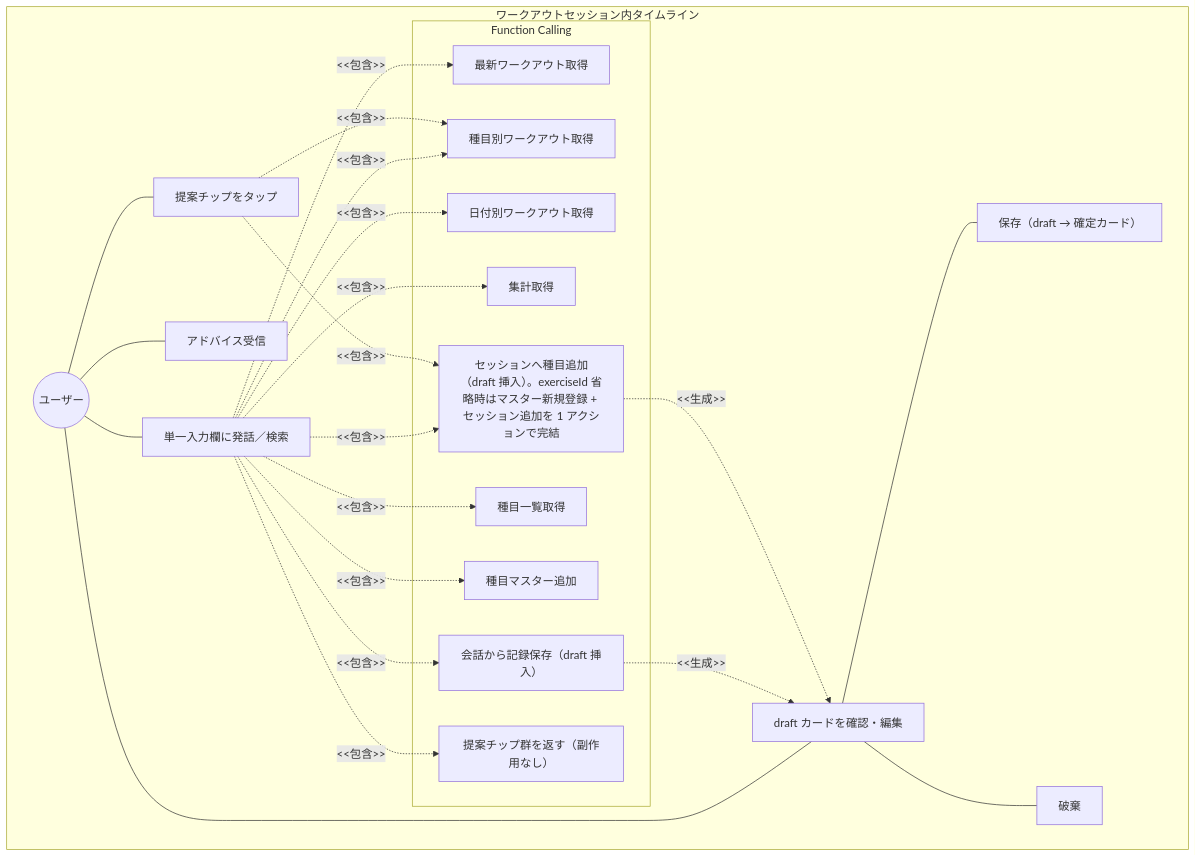
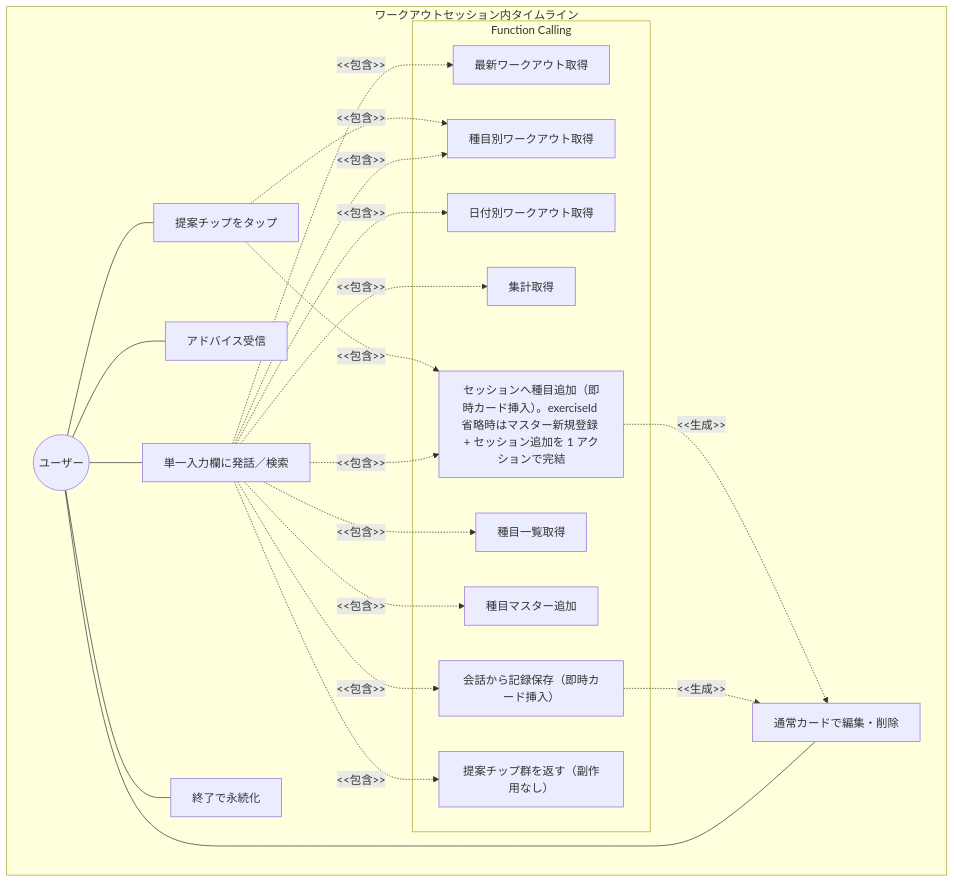
Before and after one commit to SakumaTakuya/gymini: the first of 2 diagrams in docs/prd/ai-chat/index.md, drawn with Mermaid. The commit also changed other lines of this file and 28 other files, not shown here.

````diff
--- a/docs/prd/ai-chat/index.md
+++ b/docs/prd/ai-chat/index.md
@@ -33,44 +33,42 @@
 ```mermaid
 graph TB
     subgraph "ワークアウトセッション内タイムライン"
         User((ユーザー))
         UnifiedInput[単一入力欄に発話／検索]
         ReceiveAdvice[アドバイス受信]
         SelectProposalChip[提案チップをタップ]
-        ReviewDraftCard[draft カードを確認・編集]
-        ApproveDraft[保存（draft → 確定カード）]
-        RejectDraft[破棄]
+        EditCard[通常カードで編集・削除]
+        EndSession[終了で永続化]
 
         subgraph "Function Calling"
             GetRecent[最新ワークアウト取得]
             GetByExercise[種目別ワークアウト取得]
             GetByDate[日付別ワークアウト取得]
             GetSummary[集計取得]
-            SaveWorkout[会話から記録保存（draft 挿入）]
+            SaveWorkout[会話から記録保存（即時カード挿入）]
             GetExercises[種目一覧取得]
             AddExercise[種目マスター追加]
-            AddExerciseToSession[セッションへ種目追加（draft 挿入）。exerciseId 省略時はマスター新規登録 + セッション追加を 1 アクションで完結]
+            AddExerciseToSession[セッションへ種目追加（即時カード挿入）。exerciseId 省略時はマスター新規登録 + セッション追加を 1 アクションで完結]
             ProposeAction[提案チップ群を返す（副作用なし）]
         end
     end
 
     User --- UnifiedInput
     User --- ReceiveAdvice
     User --- SelectProposalChip
-    User --- ReviewDraftCard
-    ReviewDraftCard --- ApproveDraft
-    ReviewDraftCard --- RejectDraft
+    User --- EditCard
+    User --- EndSession
     UnifiedInput -.->|"<<包含>>"| GetRecent
     UnifiedInput -.->|"<<包含>>"| GetByExercise
     UnifiedInput -.->|"<<包含>>"| GetByDate
     UnifiedInput -.->|"<<包含>>"| GetSummary
     UnifiedInput -.->|"<<包含>>"| SaveWorkout
     UnifiedInput -.->|"<<包含>>"| GetExercises
     UnifiedInput -.->|"<<包含>>"| AddExercise
     UnifiedInput -.->|"<<包含>>"| AddExerciseToSession
     UnifiedInput -.->|"<<包含>>"| ProposeAction
-    SaveWorkout -.->|"<<生成>>"| ReviewDraftCard
-    AddExerciseToSession -.->|"<<生成>>"| ReviewDraftCard
+    SaveWorkout -.->|"<<生成>>"| EditCard
+    AddExerciseToSession -.->|"<<生成>>"| EditCard
     SelectProposalChip -.->|"<<包含>>"| AddExerciseToSession
     SelectProposalChip -.->|"<<包含>>"| GetByExercise
 ```
````
